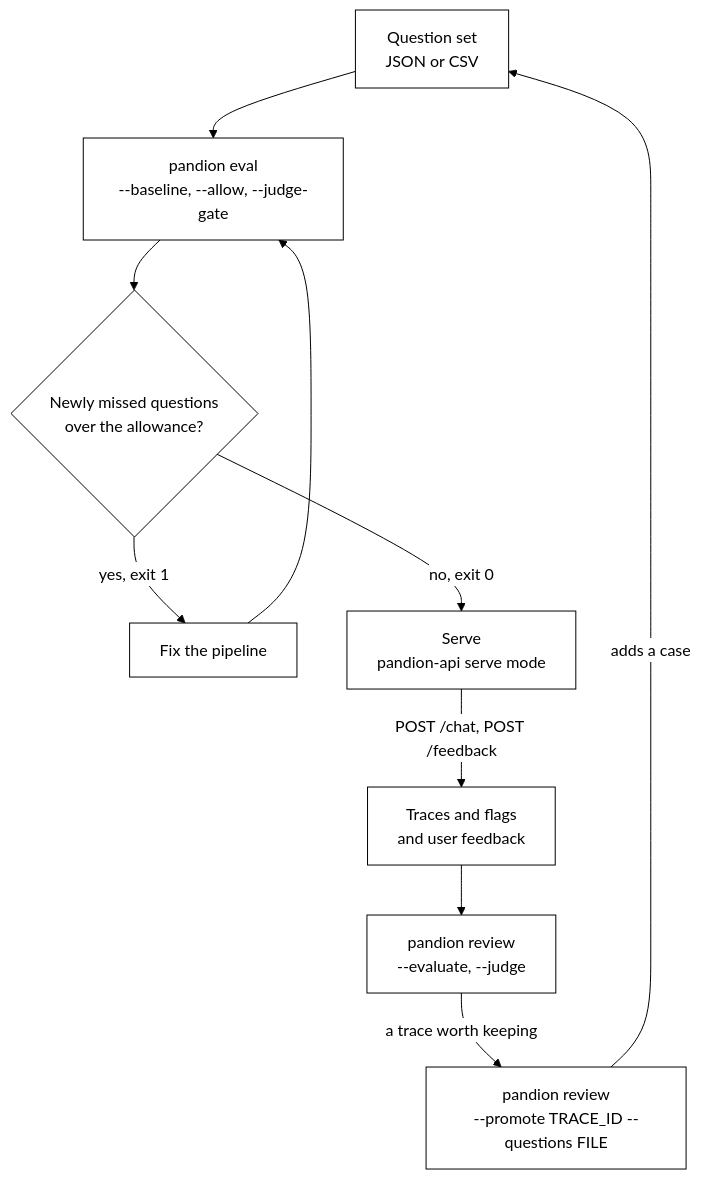
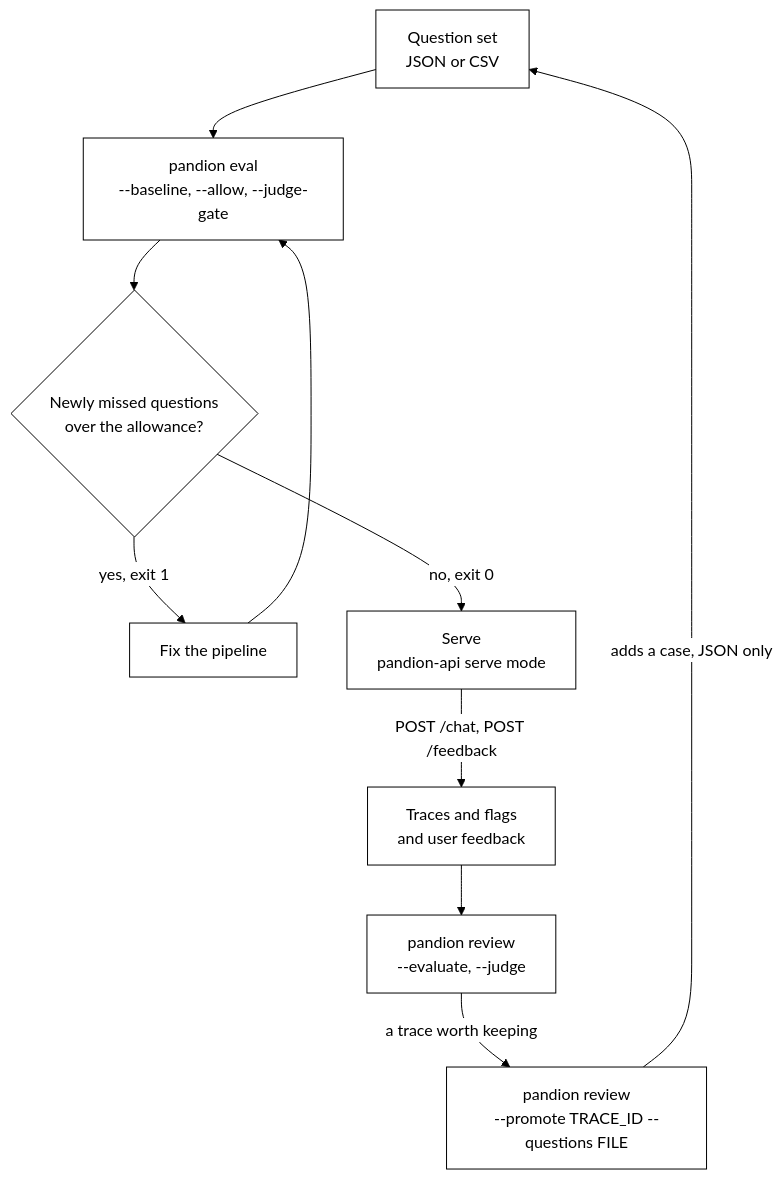
One commit to nadeem4/rag-playground changed the fourth of 4 diagrams in docs/architecture.md. Above: the diagram before and after it, drawn with Mermaid. The commit also changed other lines of this file, not shown here.

Commit message:
docs: address architecture review (DOC3)

````diff
--- a/docs/architecture.md
+++ b/docs/architecture.md
@@ -244,19 +246,19 @@
 ```mermaid
 %%{init: {'theme':'base','themeVariables':{'primaryColor':'#ffffff','primaryTextColor':'#000000','primaryBorderColor':'#000000','lineColor':'#000000'}}}%%
 flowchart TB
     Q["Question set<br/>JSON or CSV"]
     EV["pandion eval<br/>--baseline, --allow, --judge-gate"]
     GATE{"Newly missed questions<br/>over the allowance?"}
     FIX["Fix the pipeline"]
     SERVE["Serve<br/>pandion-api serve mode"]
     TR["Traces and flags<br/>and user feedback"]
     REV["pandion review<br/>--evaluate, --judge"]
     PROM["pandion review<br/>--promote TRACE_ID --questions FILE"]
     Q --> EV --> GATE
     GATE -->|"yes, exit 1"| FIX --> EV
     GATE -->|"no, exit 0"| SERVE
     SERVE -->|"POST /chat, POST /feedback"| TR
     TR --> REV
     REV -->|"a trace worth keeping"| PROM
-    PROM -->|"adds a case"| Q
+    PROM -->|"adds a case, JSON only"| Q
 ```
````
